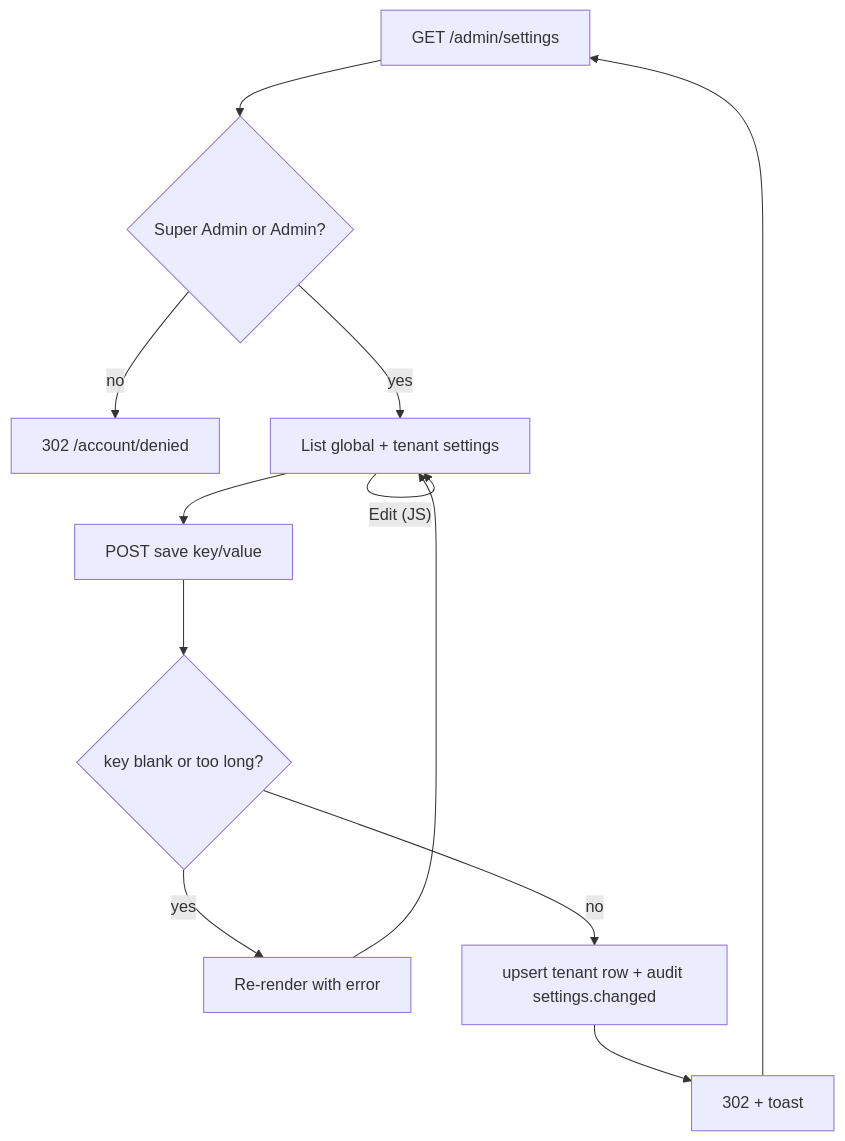
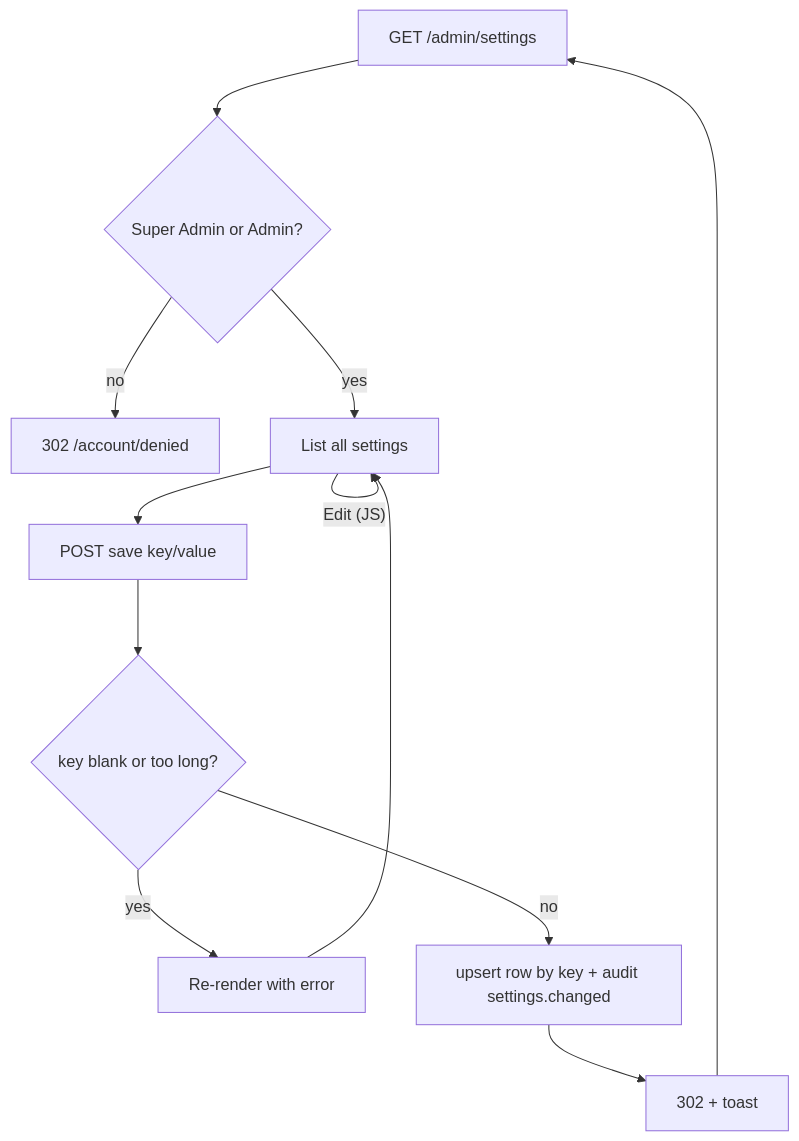
One commit to Albadit/DotNetForge changed the diagram in .docs/pages/settings.md. Above: the diagram before and after it, drawn with Mermaid. The commit also changed other lines of this file and 306 other files, not shown here.

````diff
--- a/.docs/pages/settings.md
+++ b/.docs/pages/settings.md
@@ -143,11 +143,11 @@
 ```mermaid
 flowchart TD
     A["GET /admin/settings"] --> R{"Super Admin or Admin?"}
     R -- no --> X["302 /account/denied"]
-    R -- yes --> B[List global + tenant settings]
+    R -- yes --> B[List all settings]
     B -- "Edit (JS)" --> B
     B --> C[POST save key/value]
     C --> D{"key blank or too long?"}
     D -- yes --> E[Re-render with error] --> B
-    D -- no --> F["upsert tenant row + audit settings.changed"] --> G["302 + toast"] --> A
+    D -- no --> F["upsert row by key + audit settings.changed"] --> G["302 + toast"] --> A
 ```
````
